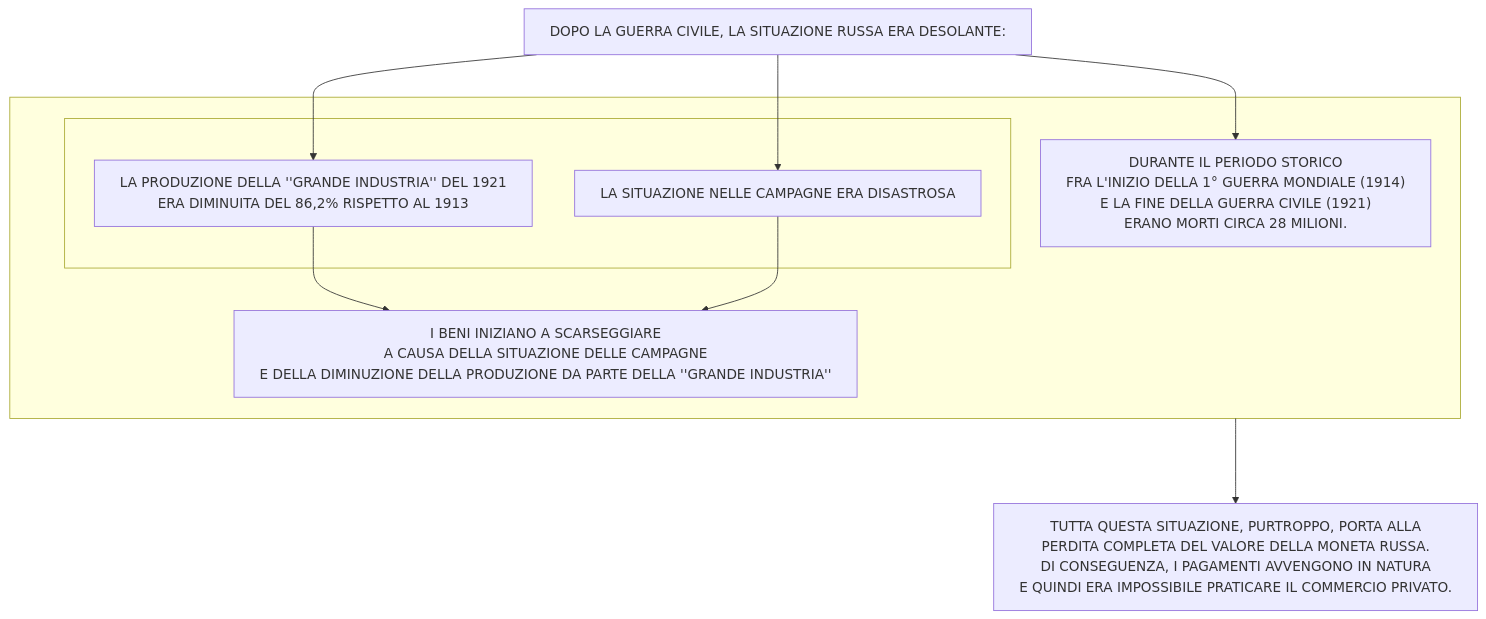
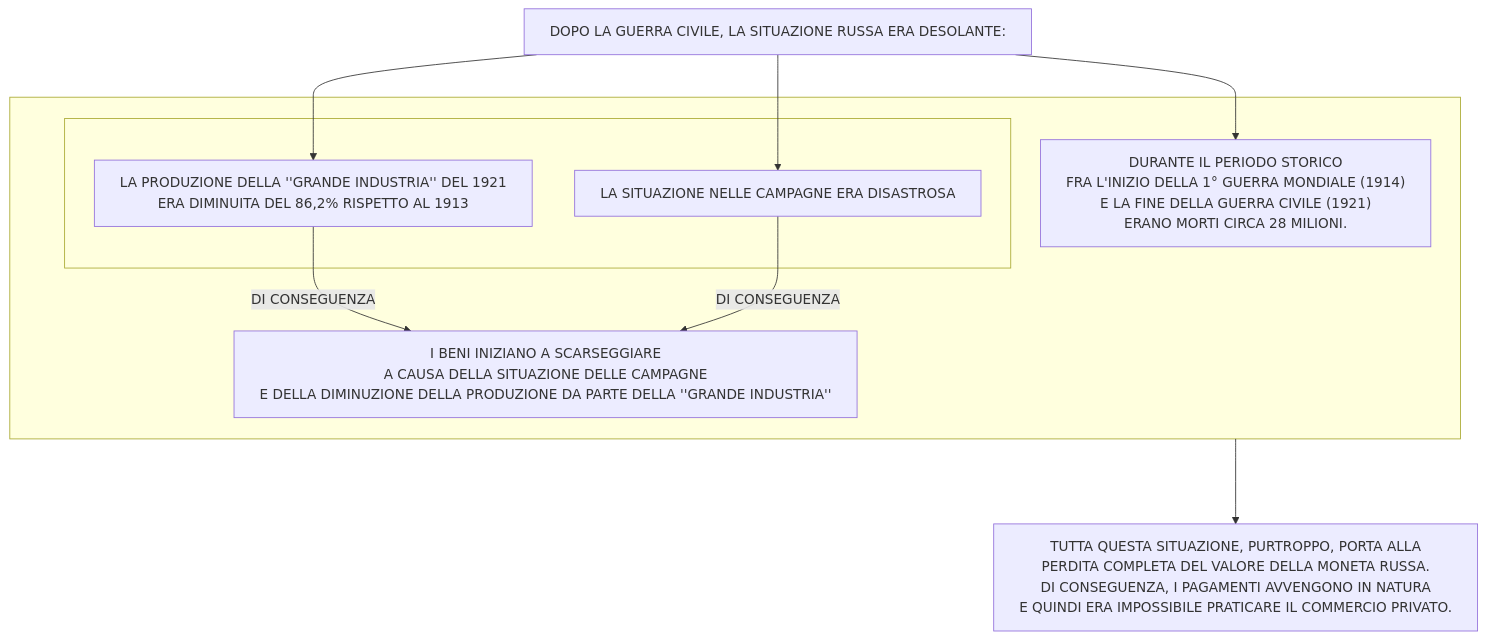
The tenth of 10 diagrams in stalinismoRiscrittura.md (Laaouatni/ricerca-storia-MermaidJS), drawn with Mermaid before and after one commit.

````diff
--- a/stalinismoRiscrittura.md
+++ b/stalinismoRiscrittura.md
@@ -176,18 +176,18 @@
 ```mermaid
 %%{init: { "flowchart": { "wrappingWidth": 800 } }}%%
 flowchart TB
   0[DOPO LA GUERRA CIVILE, LA SITUAZIONE RUSSA ERA DESOLANTE:]
   subgraph 6[" "]
     1["DURANTE IL PERIODO STORICO <br> FRA L'INIZIO DELLA 1° GUERRA MONDIALE (1914) <br>E LA FINE DELLA GUERRA CIVILE (1921) <br> ERANO MORTI CIRCA 28 MILIONI."]
     subgraph 4[" "]
       2[LA PRODUZIONE DELLA ''GRANDE INDUSTRIA'' DEL 1921 <br>ERA DIMINUITA DEL 86,2% RISPETTO AL 1913]
       3[LA SITUAZIONE NELLE CAMPAGNE ERA DISASTROSA]
     end
     5[I BENI INIZIANO A SCARSEGGIARE <BR> A CAUSA DELLA SITUAZIONE DELLE CAMPAGNE <BR>E DELLA DIMINUZIONE DELLA PRODUZIONE DA PARTE DELLA ''GRANDE INDUSTRIA'']
   end
   0 --> 1 & 2 & 3
-  2 & 3 --> 5
+  2 & 3 -->|DI CONSEGUENZA| 5
   7[TUTTA QUESTA SITUAZIONE, PURTROPPO, PORTA ALLA <BR> PERDITA COMPLETA DEL VALORE DELLA MONETA RUSSA. <BR>DI CONSEGUENZA, I PAGAMENTI AVVENGONO IN NATURA <BR> E QUINDI ERA IMPOSSIBILE PRATICARE IL COMMERCIO PRIVATO.]
   6 ----> 7
   
 ```
````
